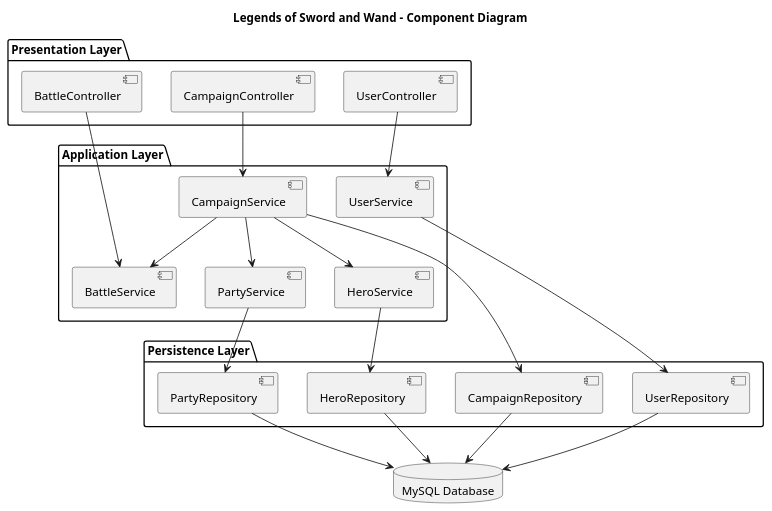
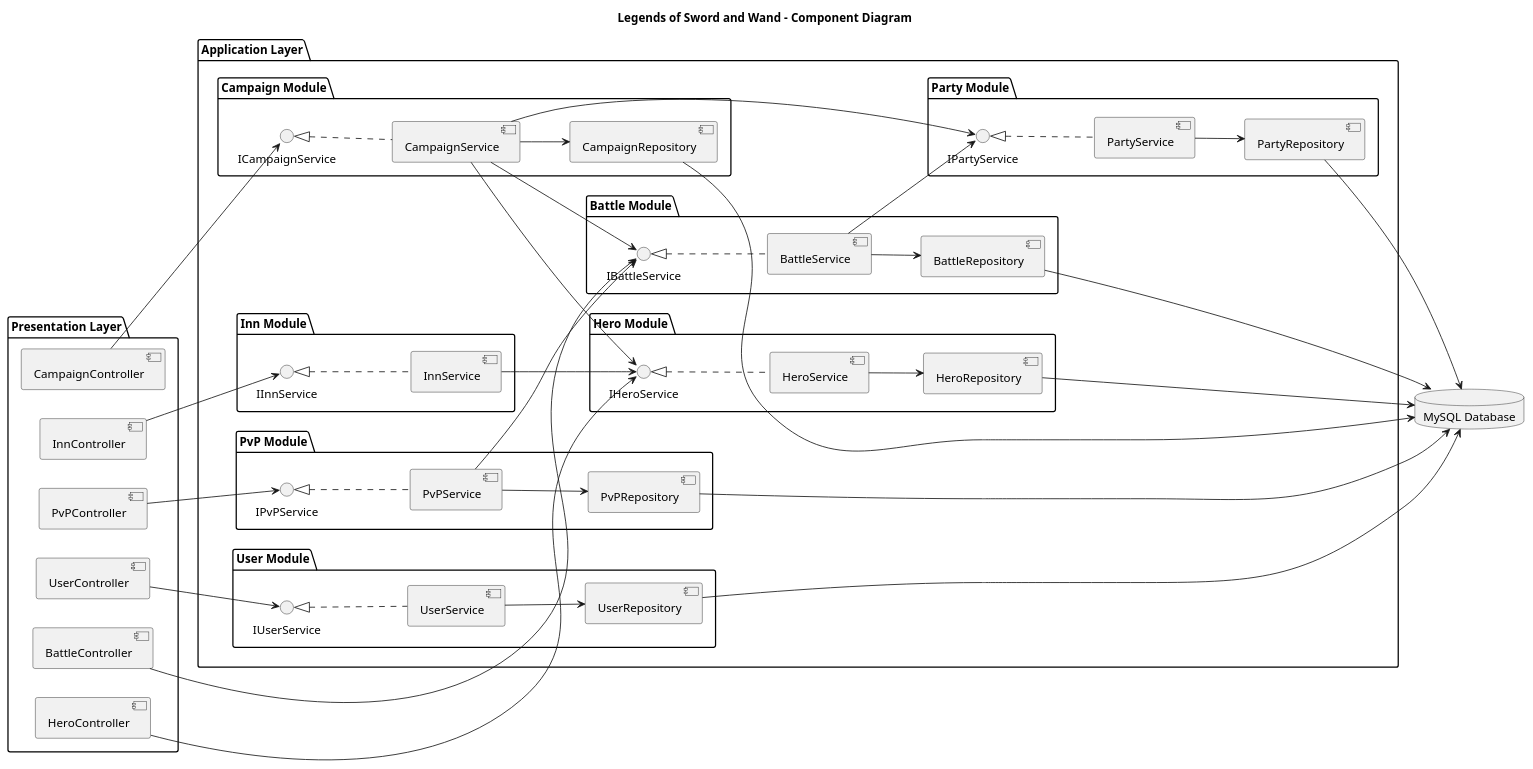
Before and after one commit to MohammedPatel-yorku/LegendsOfSwordAndWand: the diagram in Component Diagram/System Component Diagram.puml, drawn with PlantUML. The commit also changed 7 other files, not shown here.

Commit message:
Diagram Adjustments

```diff
--- a/Component Diagram/System Component Diagram.puml
+++ b/Component Diagram/System Component Diagram.puml
@@ -1,46 +1,98 @@
 @startuml
 
 title Legends of Sword and Wand - Component Diagram
 
+left to right direction
+
 package "Presentation Layer" {
     [UserController]
+    [HeroController]
     [CampaignController]
+    [PvPController]
     [BattleController]
+    [InnController]
 }
 
 package "Application Layer" {
-    [UserService]
-    [CampaignService]
-    [BattleService]
-    [HeroService]
-    [PartyService]
-}
 
-package "Persistence Layer" {
-    [UserRepository]
-    [HeroRepository]
-    [PartyRepository]
-    [CampaignRepository]
+    package "User Module" {
+        interface IUserService
+        [UserService]
+        [UserRepository]
+    }
+
+    package "Hero Module" {
+        interface IHeroService
+        [HeroService]
+        [HeroRepository]
+    }
+
+    package "Party Module" {
+        interface IPartyService
+        [PartyService]
+        [PartyRepository]
+    }
+
+    package "Campaign Module" {
+        interface ICampaignService
+        [CampaignService]
+        [CampaignRepository]
+    }
+
+    package "PvP Module" {
+        interface IPvPService
+        [PvPService]
+        [PvPRepository]
+    }
+
+    package "Battle Module" {
+        interface IBattleService
+        [BattleService]
+        [BattleRepository]
+    }
+
+    package "Inn Module" {
+        interface IInnService
+        [InnService]
+    }
 }
 
 database "MySQL Database"
 
-[UserController] --> [UserService]
-[CampaignController] --> [CampaignService]
-[BattleController] --> [BattleService]
+[UserController] --> IUserService
+[HeroController] --> IHeroService
+[CampaignController] --> ICampaignService
+[PvPController] --> IPvPService
+[BattleController] --> IBattleService
+[InnController] --> IInnService
 
-[CampaignService] --> [HeroService]
-[CampaignService] --> [PartyService]
-[CampaignService] --> [BattleService]
+IUserService <|.. [UserService]
+IHeroService <|.. [HeroService]
+ICampaignService <|.. [CampaignService]
+IPvPService <|.. [PvPService]
+IPartyService <|.. [PartyService]
+IBattleService <|.. [BattleService]
+IInnService <|.. [InnService]
+
+[CampaignService] --> IHeroService
+[CampaignService] --> IPartyService
+[CampaignService] --> IBattleService
+[BattleService] --> IPartyService
+[PvPService] --> IBattleService
+[InnService] --> IHeroService
 
 [UserService] --> [UserRepository]
 [HeroService] --> [HeroRepository]
 [PartyService] --> [PartyRepository]
 [CampaignService] --> [CampaignRepository]
+[PvPService] --> [PvPRepository]
+[BattleService] --> [BattleRepository]
 
 [UserRepository] --> "MySQL Database"
 [HeroRepository] --> "MySQL Database"
 [PartyRepository] --> "MySQL Database"
 [CampaignRepository] --> "MySQL Database"
+[PvPRepository] --> "MySQL Database"
+[BattleRepository] --> "MySQL Database"
 
 @enduml
```
